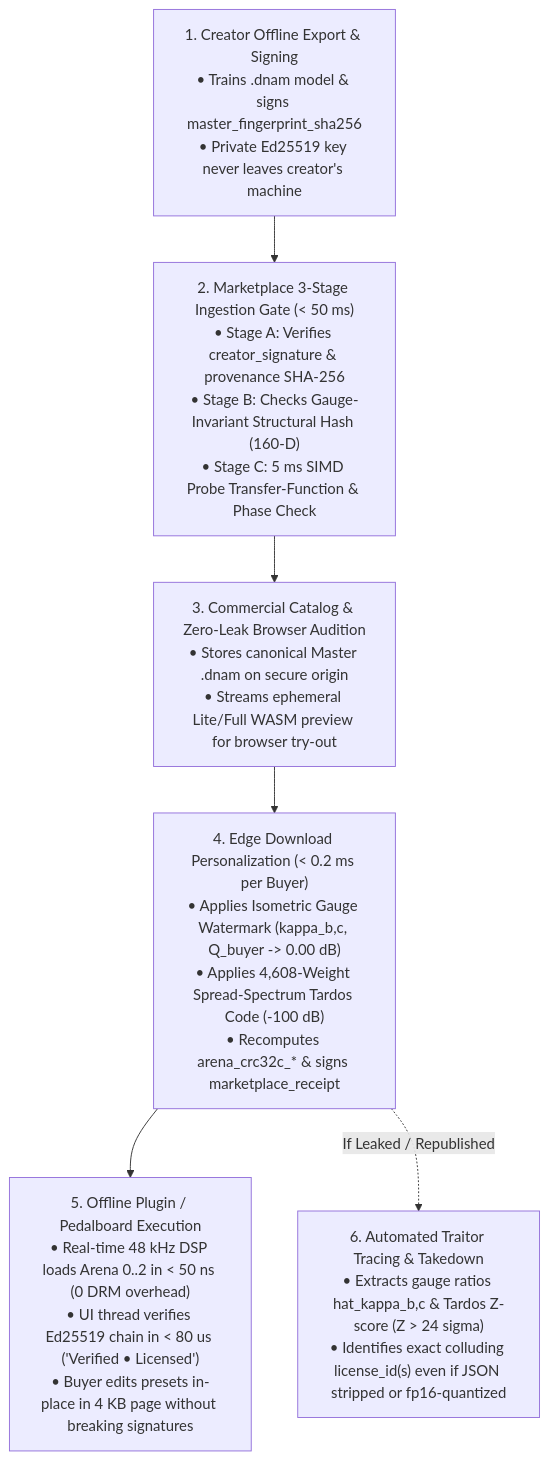
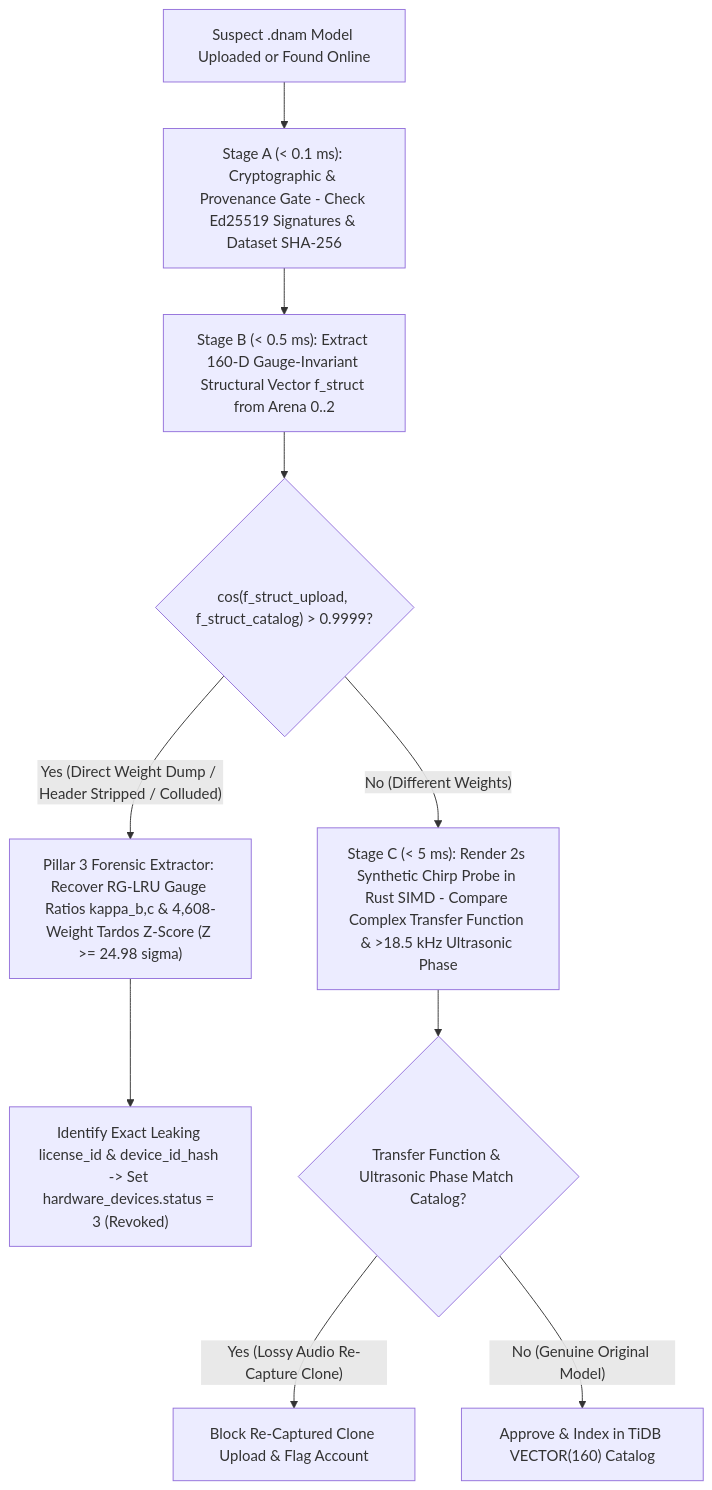
Before and after one commit to dnam-project/dnam: the seventh of 10 diagrams in docs/digital_marketplace_and_provenance.md, drawn with Mermaid. The commit also changed other lines of this file and 57 other files, not shown here.

Commit message:
feat(engine,python,js,studio,trainer,docs): add 3-tier DRM protection profiles, OemDeviceCertificate attestation, DistributionPolicy, and .dnam-seal (DNSL) envelope

````diff
--- a/docs/digital_marketplace_and_provenance.md
+++ b/docs/digital_marketplace_and_provenance.md
@@ -27,8 +332,15 @@
 ```mermaid
 flowchart TD
-    Creator["1. Creator Offline Export & Signing<br/>• Trains .dnam model & signs master_fingerprint_sha256<br/>• Private Ed25519 key never leaves creator's machine"] --> Ingest["2. Marketplace 3-Stage Ingestion Gate (< 50 ms)<br/>• Stage A: Verifies creator_signature & provenance SHA-256<br/>• Stage B: Checks Gauge-Invariant Structural Hash (160-D)<br/>• Stage C: 5 ms SIMD Probe Transfer-Function & Phase Check"]
-    Ingest --> Catalog["3. Commercial Catalog & Zero-Leak Browser Audition<br/>• Stores canonical Master .dnam on secure origin<br/>• Streams ephemeral Lite/Full WASM preview for browser try-out"]
-    Catalog --> Edge["4. Edge Download Personalization (< 0.2 ms per Buyer)<br/>• Applies Isometric Gauge Watermark (kappa_b,c, Q_buyer -> 0.00 dB)<br/>• Applies 4,608-Weight Spread-Spectrum Tardos Code (-100 dB)<br/>• Recomputes arena_crc32c_* & signs marketplace_receipt"]
-    Edge --> Host["5. Offline Plugin / Pedalboard Execution<br/>• Real-time 48 kHz DSP loads Arena 0..2 in < 50 ns (0 DRM overhead)<br/>• UI thread verifies Ed25519 chain in < 80 us ('Verified • Licensed')<br/>• Buyer edits presets in-place in 4 KB page without breaking signatures"]
-    Edge -. "If Leaked / Republished" .-> Trace["6. Automated Traitor Tracing & Takedown<br/>• Extracts gauge ratios hat_kappa_b,c & Tardos Z-score (Z > 24 sigma)<br/>• Identifies exact colluding license_id(s) even if JSON stripped or fp16-quantized"]
+    Upload["Suspect .dnam Model Uploaded or Found Online"] --> StageA["Stage A (< 0.1 ms): Cryptographic & Provenance Gate - Check Ed25519 Signatures & Dataset SHA-256"]
+
+    StageA --> StageB["Stage B (< 0.5 ms): Extract 160-D Gauge-Invariant Structural Vector f_struct from Arena 0..2"]
+    StageB --> CosCheck{"cos(f_struct_upload, f_struct_catalog) > 0.9999?"}
+
+    CosCheck -- "Yes (Direct Weight Dump / Header Stripped / Colluded)" --> Trace["Pillar 3 Forensic Extractor: Recover RG-LRU Gauge Ratios kappa_b,c & 4,608-Weight Tardos Z-Score (Z >= 24.98 sigma)"]
+    Trace --> Revoke["Identify Exact Leaking license_id & device_id_hash -> Set hardware_devices.status = 3 (Revoked)"]
+
+    CosCheck -- "No (Different Weights)" --> StageC["Stage C (< 5 ms): Render 2s Synthetic Chirp Probe in Rust SIMD - Compare Complex Transfer Function & >18.5 kHz Ultrasonic Phase"]
+    StageC --> PhaseCheck{"Transfer Function & Ultrasonic Phase Match Catalog?"}
+    PhaseCheck -- "Yes (Lossy Audio Re-Capture Clone)" --> BlockClone["Block Re-Captured Clone Upload & Flag Account"]
+    PhaseCheck -- "No (Genuine Original Model)" --> Approve["Approve & Index in TiDB VECTOR(160) Catalog"]
 ```
````
